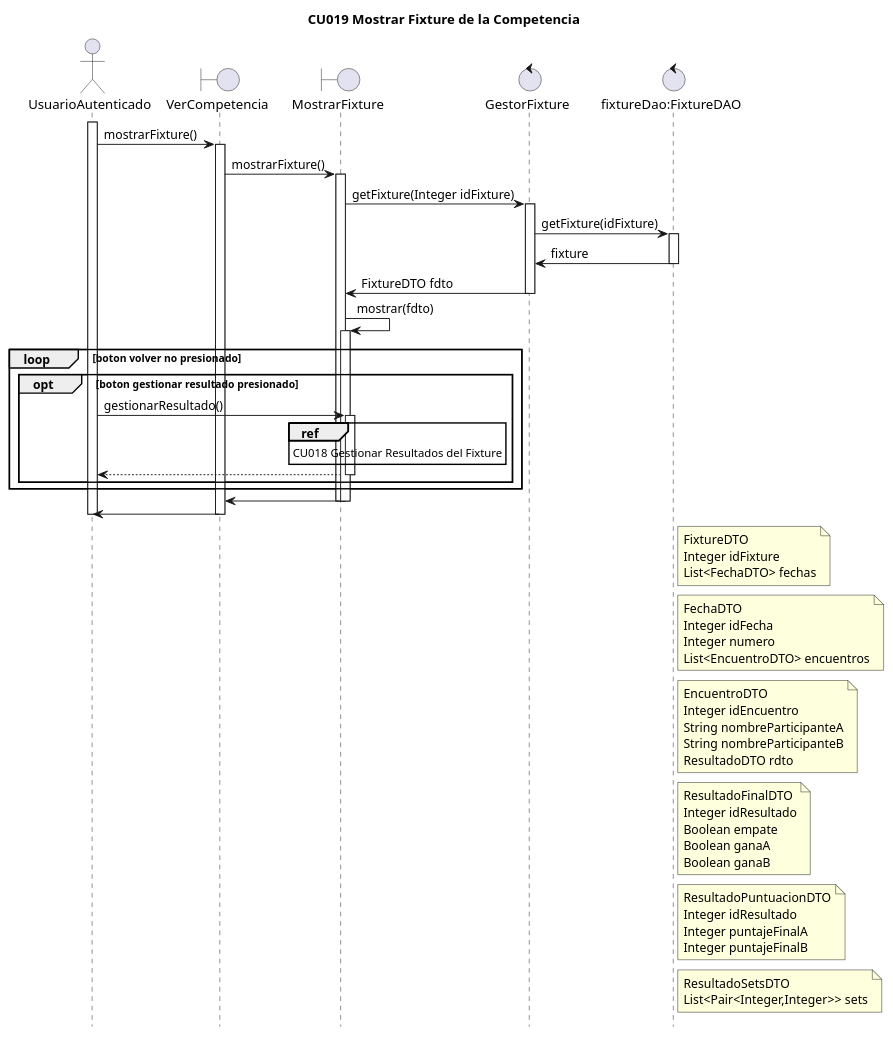
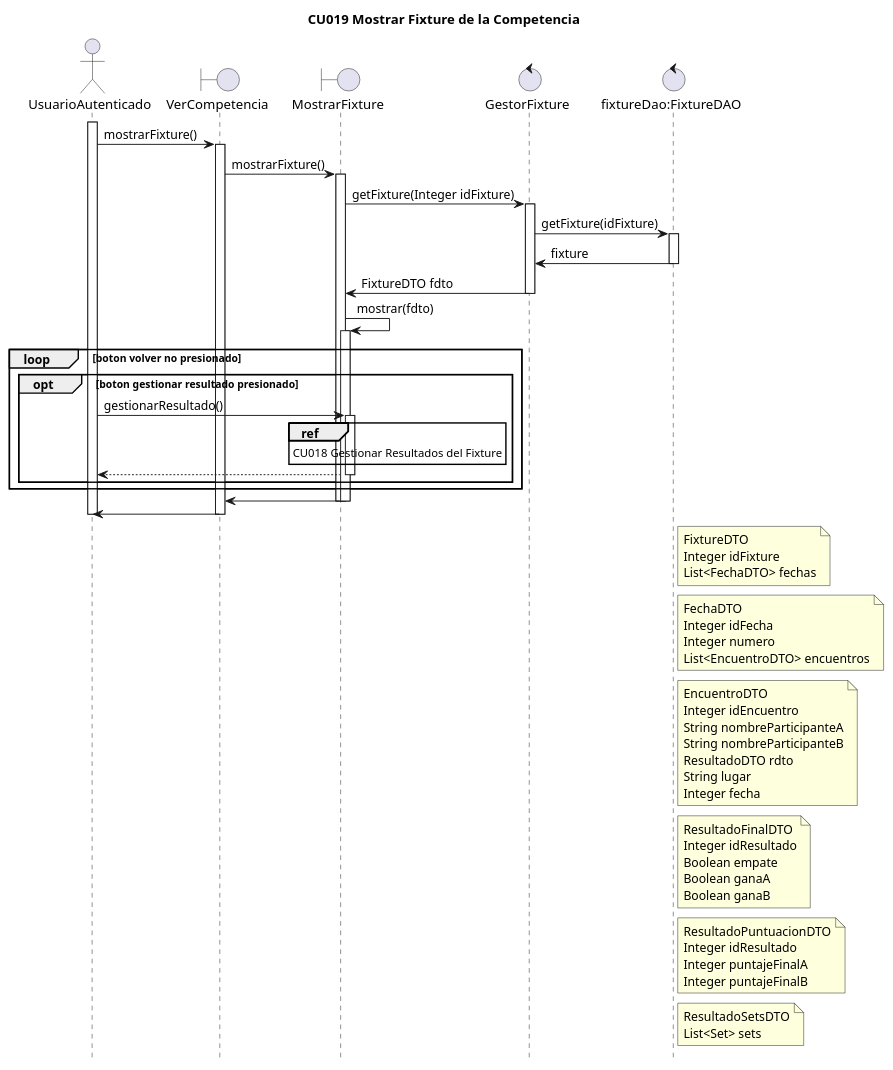
One commit to fideldalmasso/dondeJuego changed the diagram in documentacion/codigos/cu019.puml. Above: the diagram before and after it, drawn with PlantUML. The commit also changed 5 other files, not shown here.

Commit message:
Actualizo diagramas de secuencia.

```diff
--- a/documentacion/codigos/cu019.puml
+++ b/documentacion/codigos/cu019.puml
@@ -1,89 +1,91 @@
 @startuml
 title CU019 Mostrar Fixture de la Competencia
 actor UsuarioAutenticado
 boundary VerCompetencia as in1
 boundary MostrarFixture
 control GestorFixture
 control "fixtureDao:FixtureDAO" as FD
 activate UsuarioAutenticado
 UsuarioAutenticado -> in1: mostrarFixture()
 activate in1
 in1 -> MostrarFixture: mostrarFixture()
 activate MostrarFixture
 MostrarFixture-> GestorFixture: getFixture(Integer idFixture)
 activate GestorFixture
 GestorFixture-> FD: getFixture(idFixture)
 activate FD
 FD -> GestorFixture: fixture
 deactivate FD
 GestorFixture -> MostrarFixture: FixtureDTO fdto
 deactivate GestorFixture
 MostrarFixture-> MostrarFixture :mostrar(fdto)
 activate MostrarFixture
 loop boton volver no presionado
 
     opt boton gestionar resultado presionado
     UsuarioAutenticado-> MostrarFixture: gestionarResultado()
     activate MostrarFixture
     ref over MostrarFixture
     CU018 Gestionar Resultados del Fixture
     end
     MostrarFixture--> UsuarioAutenticado
     deactivate MostrarFixture
     end
 end
 MostrarFixture-> in1
 deactivate MostrarFixture
 deactivate MostrarFixture
 
 in1-> UsuarioAutenticado
 deactivate in1
 
 
 
 deactivate UsuarioAutenticado
 
 note right of FD
 FixtureDTO
 Integer idFixture
 List<FechaDTO> fechas
 end note
 
 note right of FD
 FechaDTO
 Integer idFecha
 Integer numero
 List<EncuentroDTO> encuentros
 end note
 
 note right of FD
 EncuentroDTO
 Integer idEncuentro
 String nombreParticipanteA
 String nombreParticipanteB
 ResultadoDTO rdto
+String lugar
+Integer fecha
 end note
 
 note right of FD
 ResultadoFinalDTO
 Integer idResultado
 Boolean empate
 Boolean ganaA
 Boolean ganaB
 end note
 
 note right of FD
 ResultadoPuntuacionDTO
 Integer idResultado
 Integer puntajeFinalA
 Integer puntajeFinalB
 end note
 note right of FD
 ResultadoSetsDTO
-List<Pair<Integer,Integer>> sets
+List<Set> sets
 end note
 
 hide footbox
 
 
 @enduml
```
